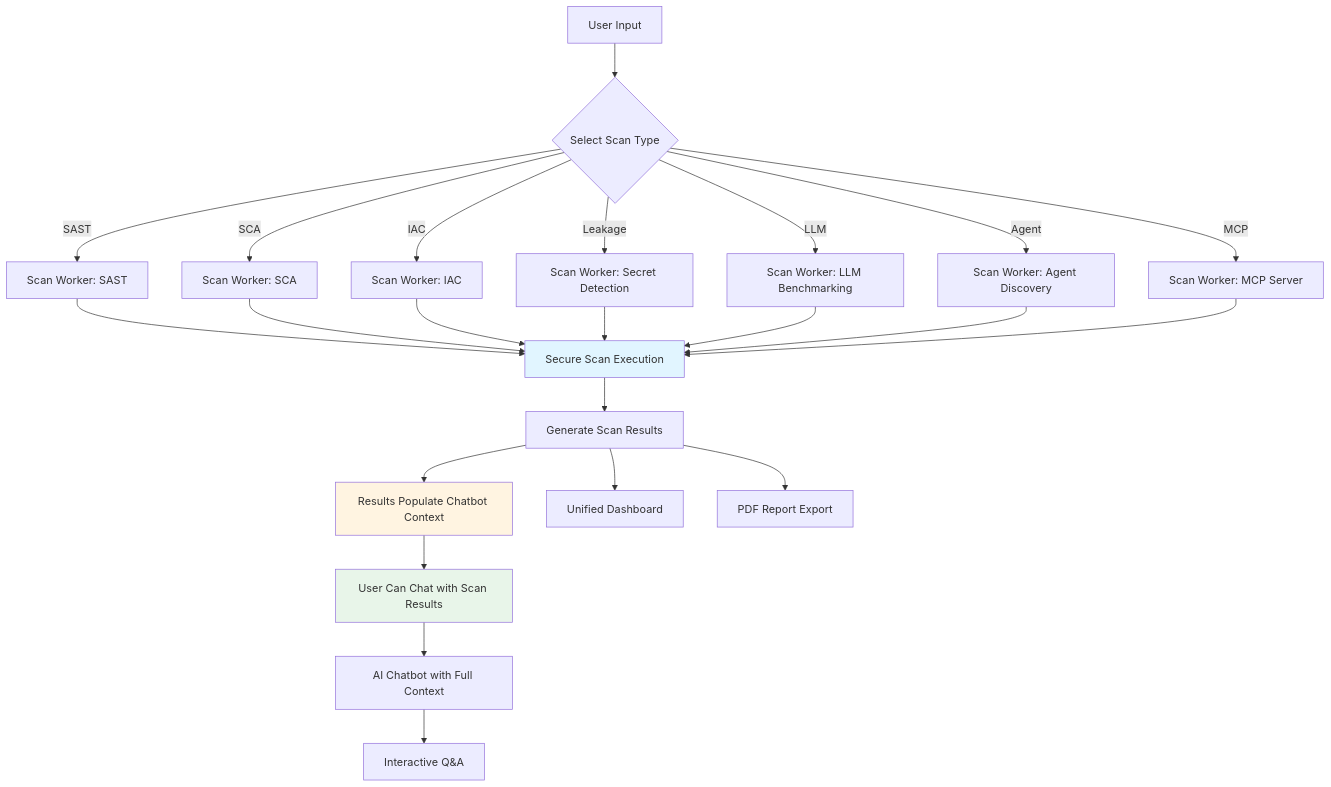
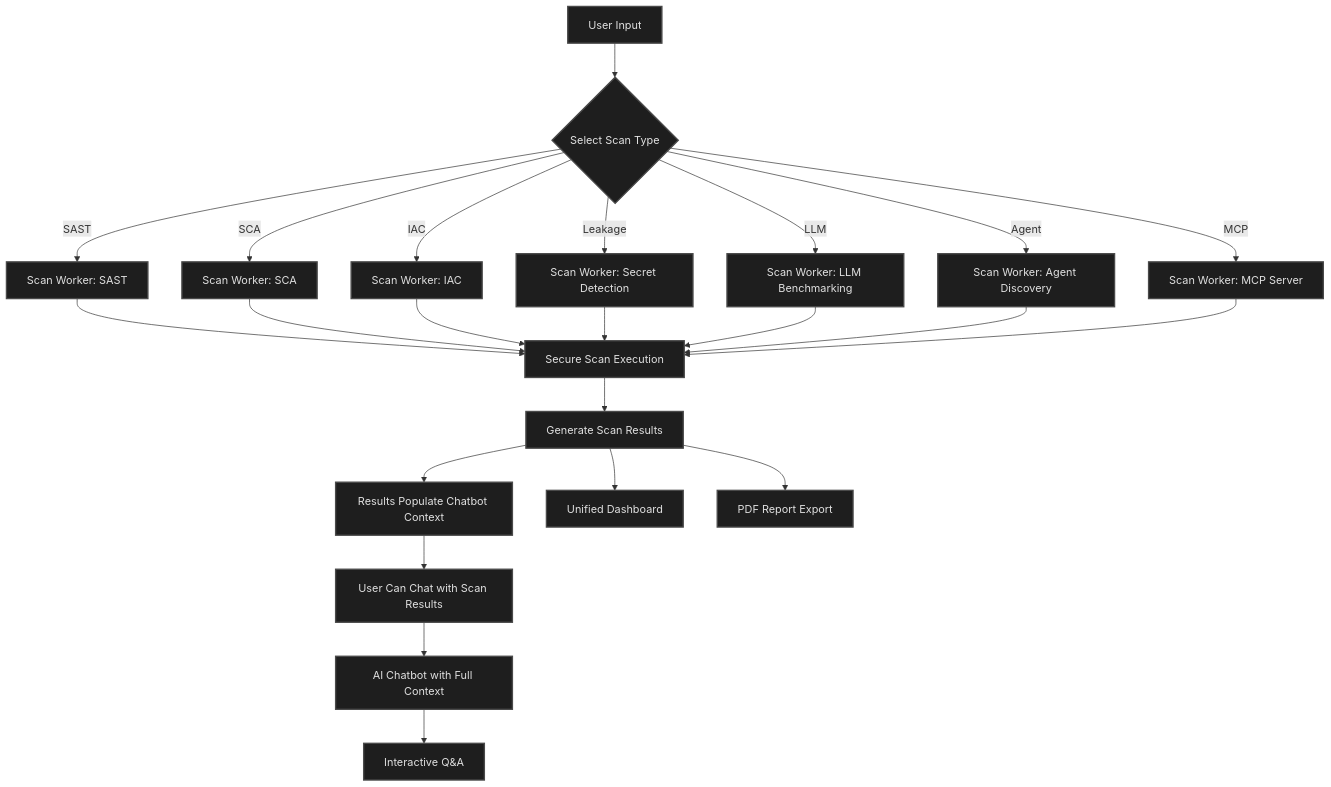
The first of 4 diagrams in Docs.md (CyberUltron-Consulting-Private-Limited/DevSecShield), drawn with Mermaid before and after one commit. The commit also changed other lines of this file and 5 other files, not shown here.

````diff
--- a/Docs.md
+++ b/Docs.md
@@ -87,32 +138,30 @@
 ```mermaid
 flowchart TD
     A[User Input] --> B{Select Scan Type}
     B -->|SAST| C[Scan Worker: SAST]
     B -->|SCA| D[Scan Worker: SCA]
     B -->|IAC| E[Scan Worker: IAC]
     B -->|Leakage| F[Scan Worker: Secret Detection]
     B -->|LLM| G[Scan Worker: LLM Benchmarking]
     B -->|Agent| H[Scan Worker: Agent Discovery]
     B -->|MCP| I[Scan Worker: MCP Server]
     
     C --> J[Secure Scan Execution]
     D --> J
     E --> J
     F --> J
     G --> J
     H --> J
     I --> J
     
     J --> K[Generate Scan Results]
     K --> L[Results Populate Chatbot Context]
     L --> M[User Can Chat with Scan Results]
     M --> N[AI Chatbot with Full Context]
     N --> O[Interactive Q&A]
     
     K --> P[Unified Dashboard]
     K --> Q[PDF Report Export]
     
-    style J fill:#e1f5ff
-    style L fill:#fff4e1
-    style M fill:#e8f5e9
+    classDef default fill:#1e1e1e,stroke:#4a4a4a,stroke-width:2px,color:#e0e0e0
 ```
````
